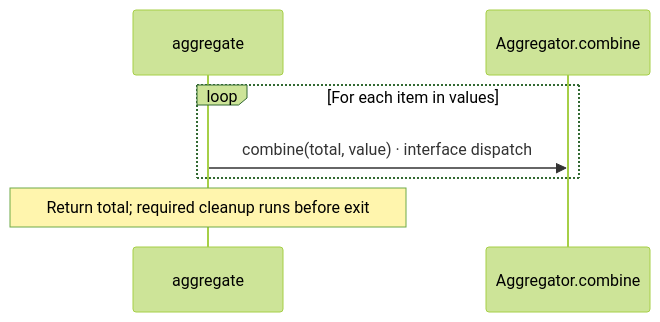
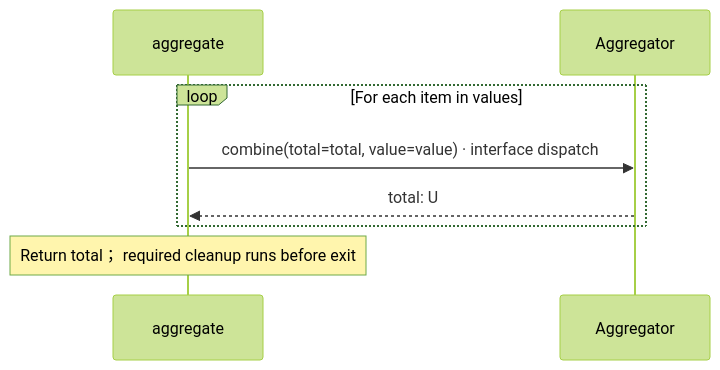
Before and after one commit to GreenPandaStudios/augscript: the fifth of 12 diagrams in src/stdlib/collections/operations.aug.diagrams.md, drawn with Mermaid (forest theme). The commit also changed other lines of this file and 524 other files, not shown here.

Commit message:
Explain checked data flow at folder and service levels

````diff
--- a/src/stdlib/collections/operations.aug.diagrams.md
+++ b/src/stdlib/collections/operations.aug.diagrams.md
@@ -177,9 +160,10 @@
 ```mermaid
 sequenceDiagram
     participant p0 as aggregate
-    participant p1 as Aggregator.combine
+    participant p1 as Aggregator
     loop For each item in values
-    p0->>p1: combine(total, value) · interface dispatch
+    p0->>p1: combine(total=total, value=value) · interface dispatch
+    p1-->>p0: total: U
     end
-    Note over p0: Return total#59; required cleanup runs before exit
+    Note over p0: Return total； required cleanup runs before exit
 ```
````
